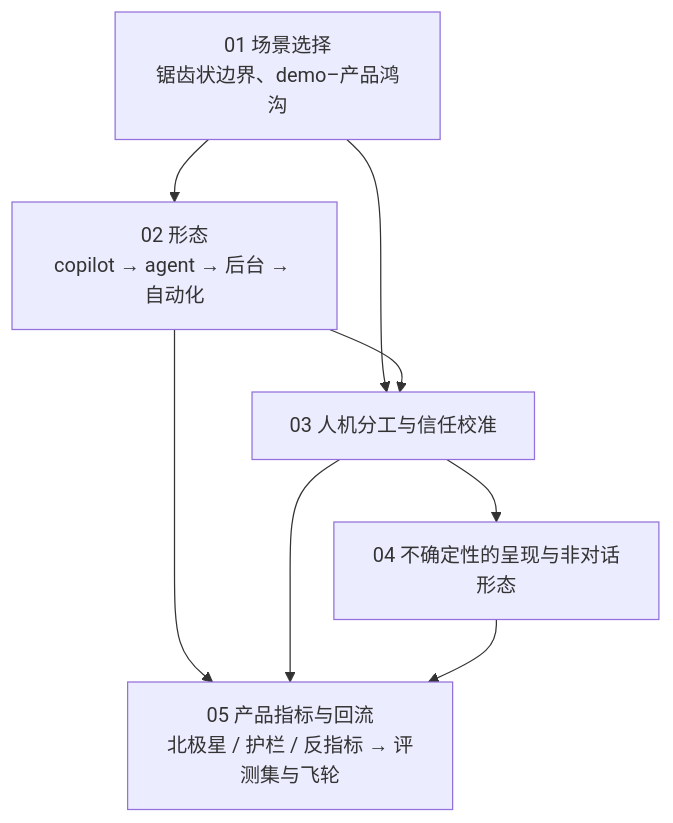
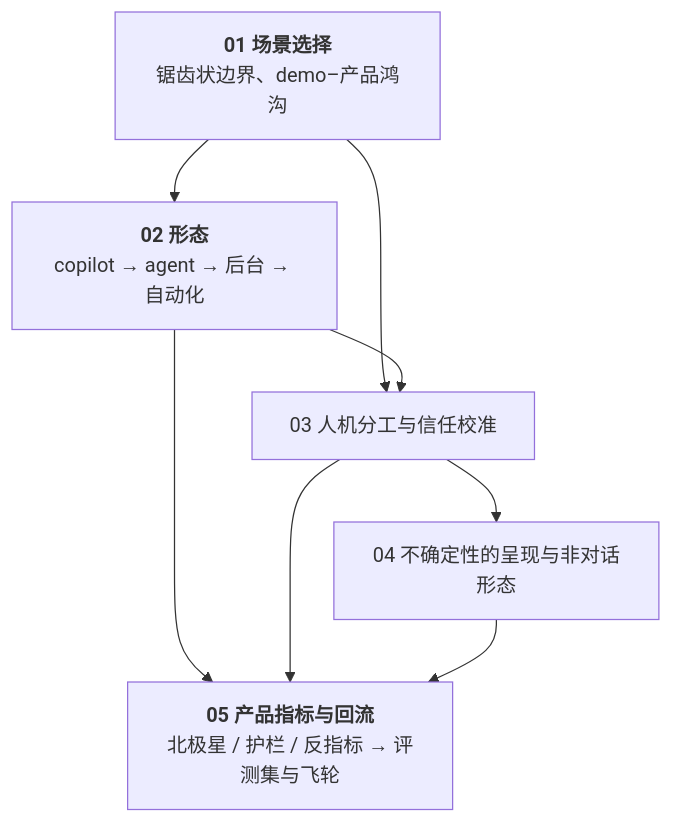
Before and after one commit to arganzheng/arganzheng.github.com: the first of 4 diagrams in _posts/2026-11-20-product-and-experience-series-recap-and-self-test.md, drawn with Mermaid. The commit also changed other lines of this file and 5 other files, not shown here.

First line of the commit message:
产品与体验：把不确定的能力做成可信的产品：Mermaid 多行方框的首行标为标题（6 篇）

````diff
--- a/_posts/2026-11-20-product-and-experience-series-recap-and-self-test.md
+++ b/_posts/2026-11-20-product-and-experience-series-recap-and-self-test.md
@@ -19,10 +19,10 @@
 ```mermaid
 %%{init: {"flowchart": {"wrappingWidth": 200}}}%%
 %% 图：产品与体验全景：选场景 → 选形态 → 校准信任 → 呈现不确定 → 量「有用」并回流
 flowchart TB
-    U1["01 场景选择<br/>锯齿状边界、demo–产品鸿沟"] --> U2["02 形态<br/>copilot → agent → 后台 → 自动化"]
+    U1["<b>01 场景选择</b><br/>锯齿状边界、demo–产品鸿沟"] --> U2["<b>02 形态</b><br/>copilot → agent → 后台 → 自动化"]
     U1 & U2 --> U3["03 人机分工与信任校准"]
     U3 --> U4["04 不确定性的呈现与非对话形态"]
-    U2 & U3 & U4 --> U5["05 产品指标与回流<br/>北极星 / 护栏 / 反指标 → 评测集与飞轮"]
+    U2 & U3 & U4 --> U5["<b>05 产品指标与回流</b><br/>北极星 / 护栏 / 反指标 → 评测集与飞轮"]
 
 ```
````
